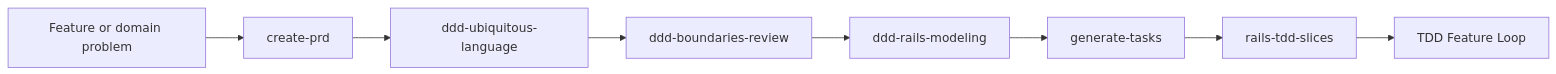
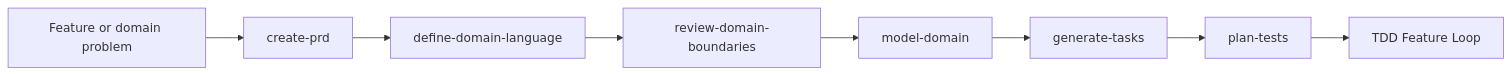
The third of 17 diagrams in docs/workflow-guide.md (igmarin/my-RoR-personal-skills), drawn with Mermaid before and after one commit. The commit also changed other lines of this file and 295 other files, not shown here.

First line of the commit message:
Refactor names flows (#57)

````diff
--- a/docs/workflow-guide.md
+++ b/docs/workflow-guide.md
@@ -241,10 +241,10 @@
 ```mermaid
 flowchart LR
     A[Feature or domain problem] --> B[create-prd]
-    B --> C[ddd-ubiquitous-language]
-    C --> D[ddd-boundaries-review]
-    D --> E[ddd-rails-modeling]
+    B --> C[define-domain-language]
+    C --> D[review-domain-boundaries]
+    D --> E[model-domain]
     E --> F[generate-tasks]
-    F --> G[rails-tdd-slices]
+    F --> G[plan-tests]
     G --> H[TDD Feature Loop]
 ```
````
